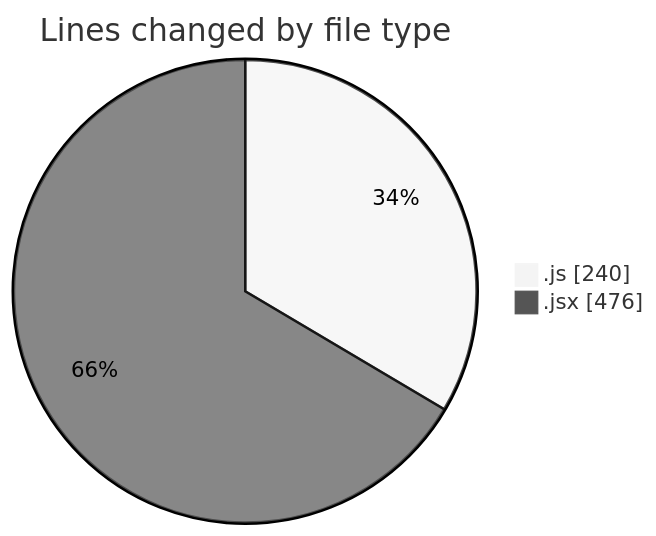
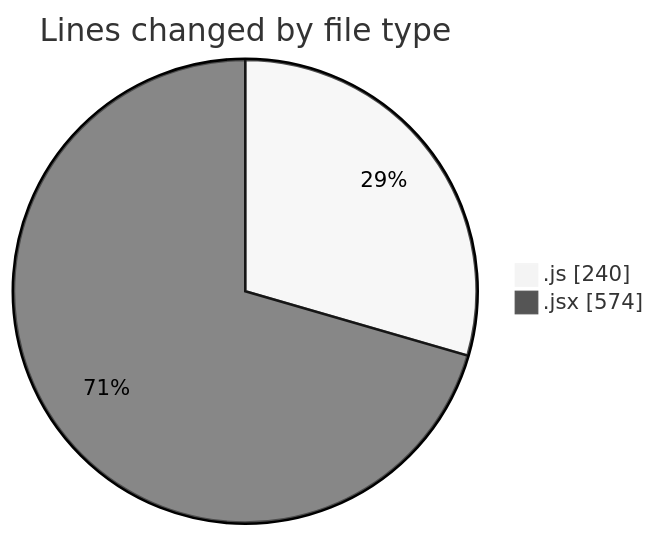
Before and after one commit to nxtqubesakshisongat/code-tracking: the first of 2 diagrams in 2026-01-19/nxtqube_webapp/README.md, drawn with Mermaid (neutral theme). The commit also changed other lines of this file and 1 other file, not shown here.

````diff
--- a/2026-01-19/nxtqube_webapp/README.md
+++ b/2026-01-19/nxtqube_webapp/README.md
@@ -23,6 +25,6 @@
 ```mermaid
 pie showData
 title Lines changed by file type
 ".js" : 240
-".jsx" : 476
+".jsx" : 574
 ```
````
